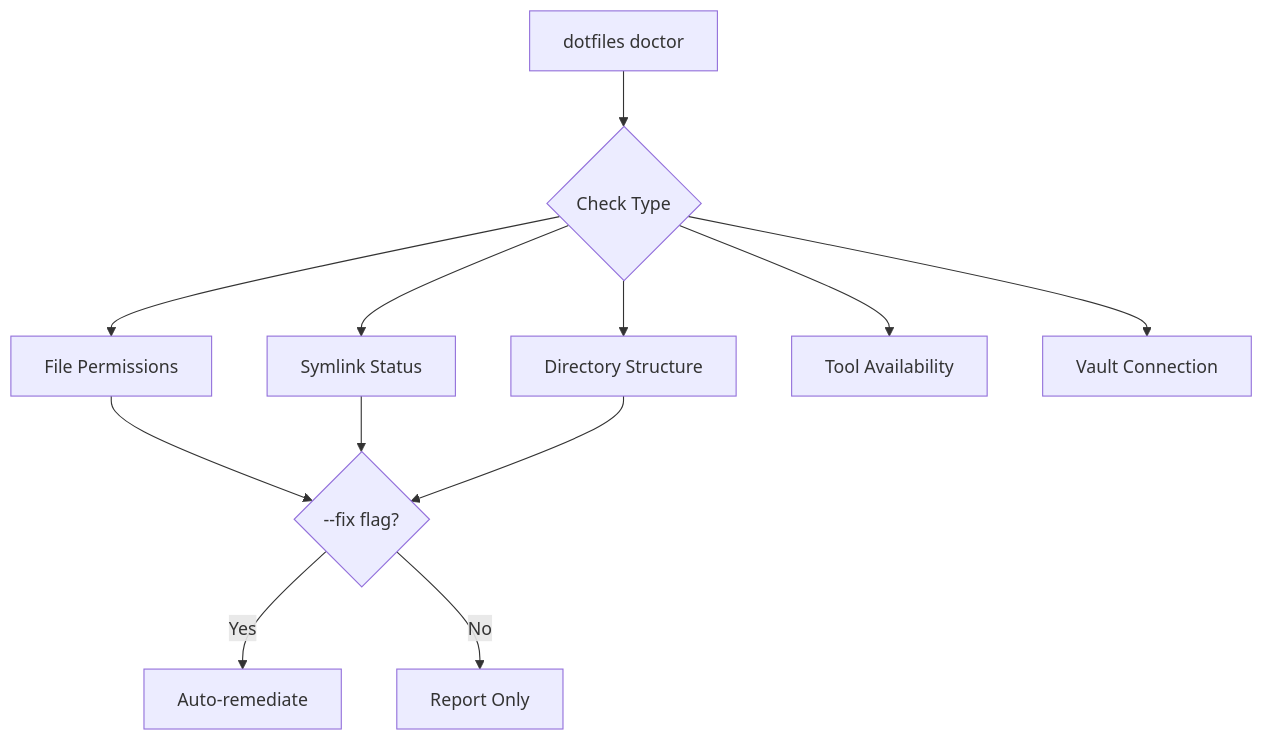
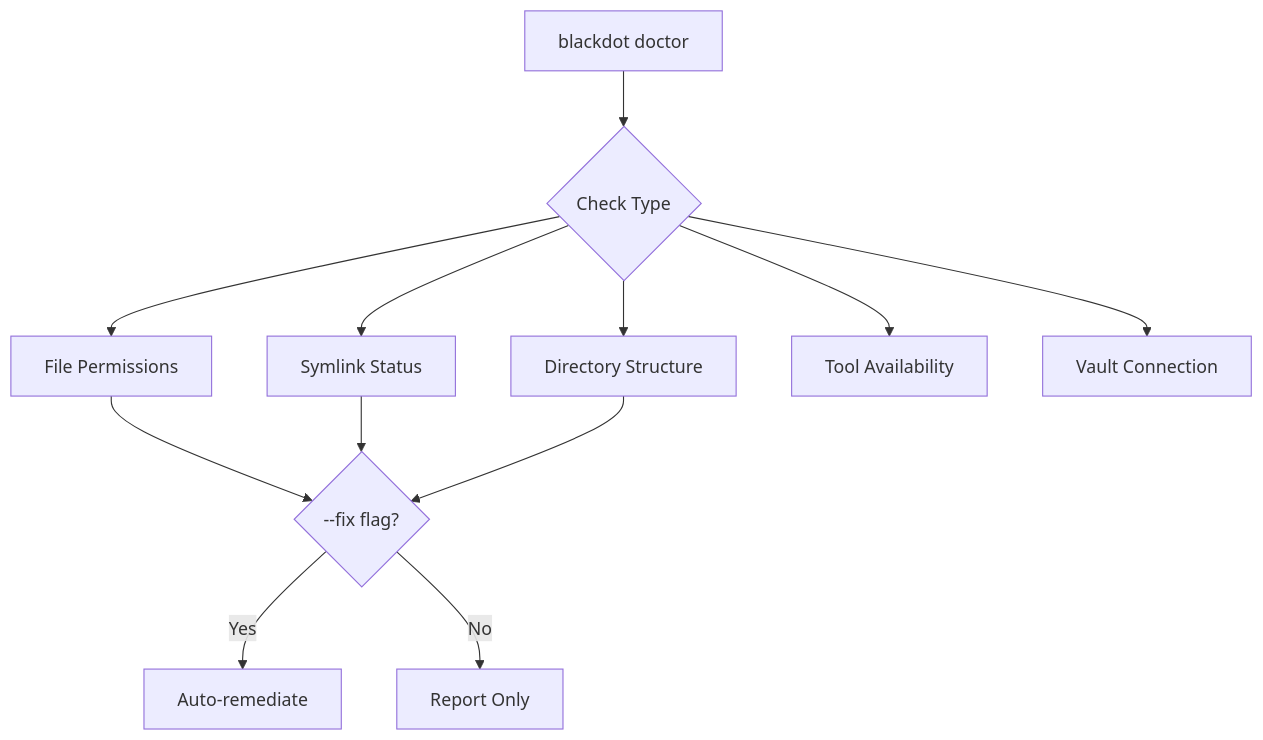
The eighth of 10 diagrams in docs/architecture.md (blackwell-systems/blackdot), drawn with Mermaid before and after one commit. The commit also changed other lines of this file and 13 other files, not shown here.

First line of the commit message:
docs: Fix dotfiles → blackdot command references throughout

````diff
--- a/docs/architecture.md
+++ b/docs/architecture.md
@@ -642,16 +642,16 @@
 ```mermaid
 flowchart TD
-    A[dotfiles doctor] --> B{Check Type}
+    A[blackdot doctor] --> B{Check Type}
     B --> C[File Permissions]
     B --> D[Symlink Status]
     B --> E[Directory Structure]
     B --> F[Tool Availability]
     B --> G[Vault Connection]
 
     C --> H{--fix flag?}
     D --> H
     E --> H
 
     H -->|Yes| I[Auto-remediate]
     H -->|No| J[Report Only]
 ```
````
